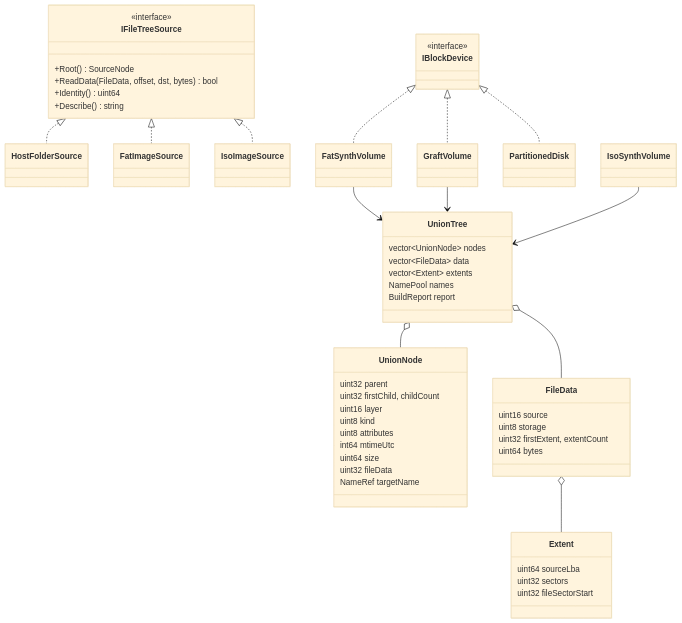
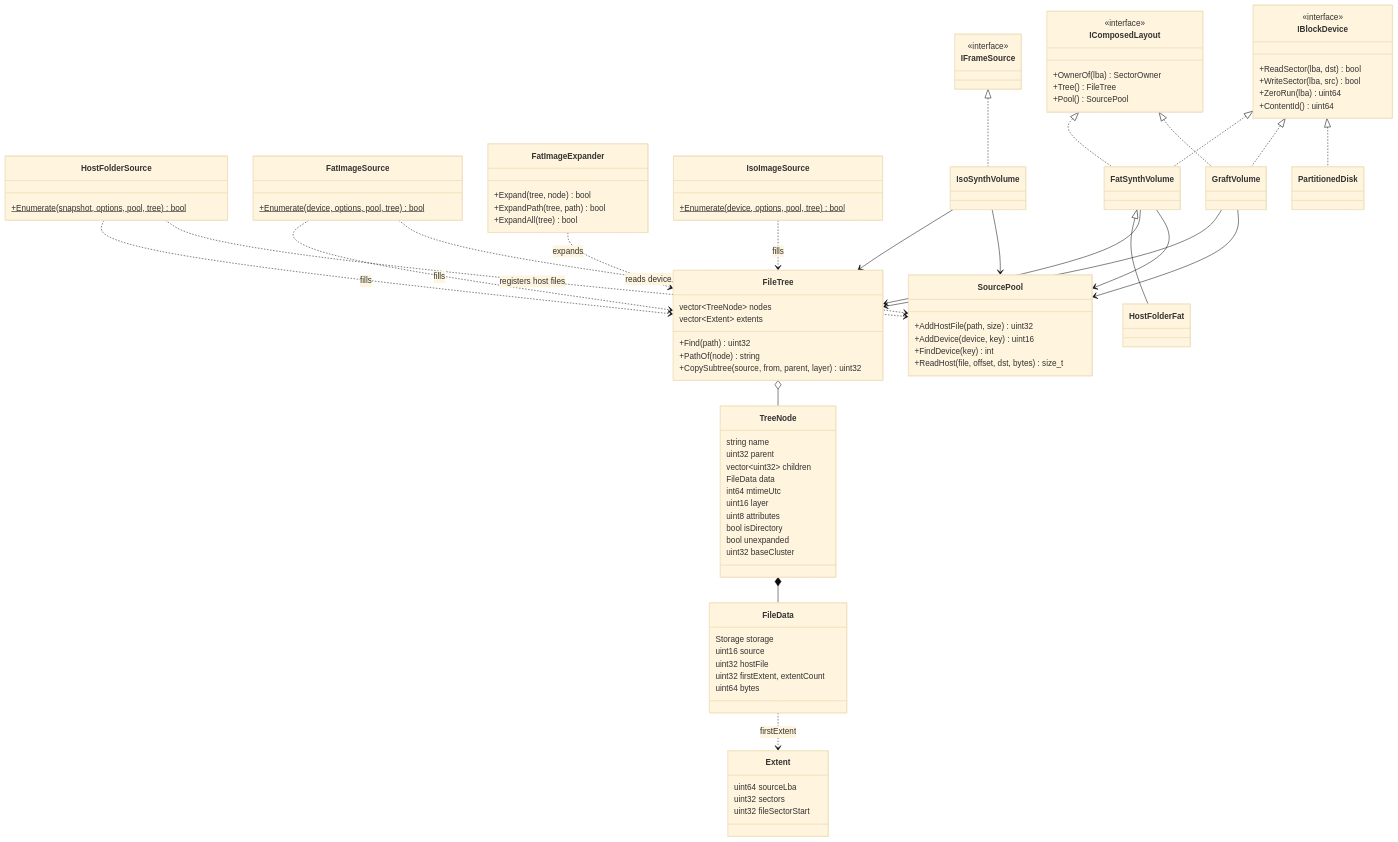
The third of 13 diagrams in docs/inprogress/2026-10-05-media-multisource/architecture.md (alfishe/unreal-ng), drawn with Mermaid (base theme) before and after one commit. The commit also changed other lines of this file and 57 other files, not shown here.

````diff
--- a/docs/inprogress/2026-10-05-media-multisource/architecture.md
+++ b/docs/inprogress/2026-10-05-media-multisource/architecture.md
@@ -136,33 +217,48 @@
 ```mermaid
 classDiagram
-    class IFileTreeSource {
-        <<interface>>
-        +Root() SourceNode
-        +ReadData(FileData, offset, dst, bytes) bool
-        +Identity() uint64
-        +Describe() string
+    class HostFolderSource {
+        +Enumerate(snapshot, options, pool, tree)$ bool
     }
-    class HostFolderSource
-    class FatImageSource
-    class IsoImageSource
-    IFileTreeSource <|.. HostFolderSource
-    IFileTreeSource <|.. FatImageSource
-    IFileTreeSource <|.. IsoImageSource
+    class FatImageSource {
+        +Enumerate(device, options, pool, tree)$ bool
+    }
+    class FatImageExpander {
+        +Expand(tree, node) bool
+        +ExpandPath(tree, path) bool
+        +ExpandAll(tree) bool
+    }
+    class IsoImageSource {
+        +Enumerate(device, options, pool, tree)$ bool
+    }
+    class SourcePool {
+        +AddHostFile(path, size) uint32
+        +AddDevice(device, key) uint16
+        +FindDevice(key) int
+        +ReadHost(file, offset, dst, bytes) size_t
+    }
+    HostFolderSource ..> FileTree : fills
+    FatImageSource ..> FileTree : fills
+    FatImageExpander ..> FileTree : expands
+    IsoImageSource ..> FileTree : fills
+    HostFolderSource ..> SourcePool : registers host files
+    FatImageSource ..> SourcePool : reads device
 
-    class UnionNode {
+    class TreeNode {
+        string name
         uint32 parent
-        uint32 firstChild, childCount
+        vector~uint32~ children
+        FileData data
+        int64 mtimeUtc
         uint16 layer
-        uint8 kind
         uint8 attributes
-        int64 mtimeUtc
-        uint64 size
-        uint32 fileData
-        NameRef targetName
+        bool isDirectory
+        bool unexpanded
+        uint32 baseCluster
     }
     class FileData {
+        Storage storage
         uint16 source
-        uint8 storage
+        uint32 hostFile
         uint32 firstExtent, extentCount
         uint64 bytes
     }
@@ -171,28 +267,49 @@
         uint32 sectors
         uint32 fileSectorStart
     }
-    class UnionTree {
-        vector~UnionNode~ nodes
-        vector~FileData~ data
+    class FileTree {
+        vector~TreeNode~ nodes
         vector~Extent~ extents
-        NamePool names
-        BuildReport report
+        +Find(path) uint32
+        +PathOf(node) string
+        +CopySubtree(source, from, parent, layer) uint32
     }
-    UnionTree o-- UnionNode
-    UnionTree o-- FileData
-    FileData o-- Extent
+    FileTree o-- TreeNode
+    TreeNode *-- FileData
+    FileData ..> Extent : firstExtent
 
     class IBlockDevice {
+        <<interface>>
+        +ReadSector(lba, dst) bool
+        +WriteSector(lba, src) bool
+        +ZeroRun(lba) uint64
+        +ContentId() uint64
+    }
+    class IComposedLayout {
+        <<interface>>
+        +OwnerOf(lba) SectorOwner
+        +Tree() FileTree
+        +Pool() SourcePool
+    }
+    class IFrameSource {
         <<interface>>
     }
     class FatSynthVolume
     class GraftVolume
     class PartitionedDisk
     class IsoSynthVolume
+    class HostFolderFat
     IBlockDevice <|.. FatSynthVolume
     IBlockDevice <|.. GraftVolume
     IBlockDevice <|.. PartitionedDisk
-    FatSynthVolume --> UnionTree
-    GraftVolume --> UnionTree
-    IsoSynthVolume --> UnionTree
+    IComposedLayout <|.. FatSynthVolume
+    IComposedLayout <|.. GraftVolume
+    IFrameSource <|.. IsoSynthVolume
+    FatSynthVolume <|-- HostFolderFat
+    FatSynthVolume --> FileTree
+    GraftVolume --> FileTree
+    IsoSynthVolume --> FileTree
+    FatSynthVolume --> SourcePool
+    GraftVolume --> SourcePool
+    IsoSynthVolume --> SourcePool
 ```
````
